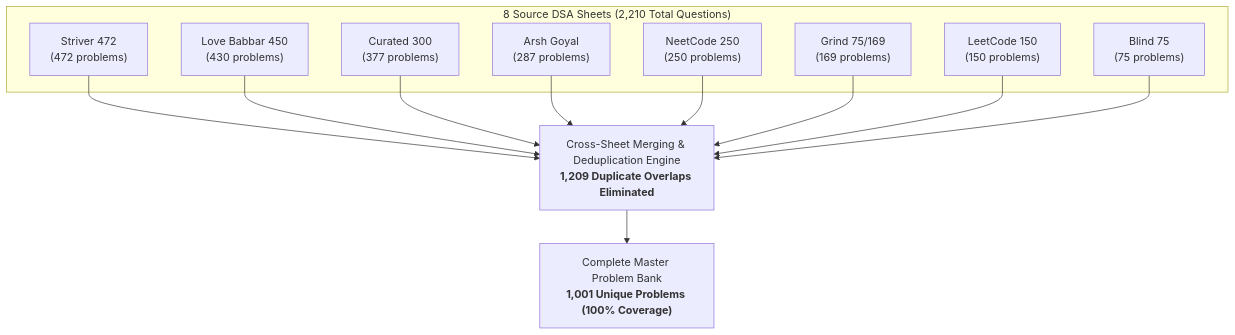
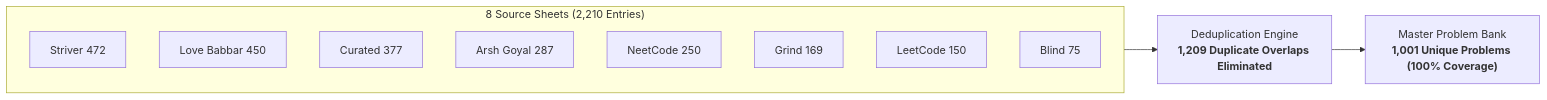
Before and after one commit to PSNY-23/remit: the diagram in app/dsa-list/full/page.mdx, drawn with Mermaid. The commit also changed other lines of this file and 175 other files, not shown here.

````diff
--- a/app/dsa-list/full/page.mdx
+++ b/app/dsa-list/full/page.mdx
@@ -27,19 +42,18 @@
 ```mermaid
-flowchart TD
-    subgraph S["8 Source DSA Sheets (2,210 Total Questions)"]
-        S1["Striver 472<br/>(472 problems)"]
-        S2["Love Babbar 450<br/>(430 problems)"]
-        S3["Curated 300<br/>(377 problems)"]
-        S4["Arsh Goyal<br/>(287 problems)"]
-        S5["NeetCode 250<br/>(250 problems)"]
-        S6["Grind 75/169<br/>(169 problems)"]
-        S7["LeetCode 150<br/>(150 problems)"]
-        S8["Blind 75<br/>(75 problems)"]
+flowchart LR
+    subgraph Raw["8 Source Sheets (2,210 Entries)"]
+        S1["Striver 472"]
+        S2["Love Babbar 450"]
+        S3["Curated 377"]
+        S4["Arsh Goyal 287"]
+        S5["NeetCode 250"]
+        S6["Grind 169"]
+        S7["LeetCode 150"]
+        S8["Blind 75"]
     end
 
-    Deduplication["Cross-Sheet Merging & Deduplication Engine<br/><b>1,209 Duplicate Overlaps Eliminated</b>"]
-    Master["Complete Master Problem Bank<br/><b>1,001 Unique Problems (100% Coverage)</b>"]
+    Engine["Deduplication Engine<br/><b>1,209 Duplicate Overlaps Eliminated</b>"]
+    Master["Master Problem Bank<br/><b>1,001 Unique Problems (100% Coverage)</b>"]
 
-    S1 & S2 & S3 & S4 & S5 & S6 & S7 & S8 --> Deduplication
-    Deduplication --> Master
+    Raw --> Engine --> Master
 ```
````
